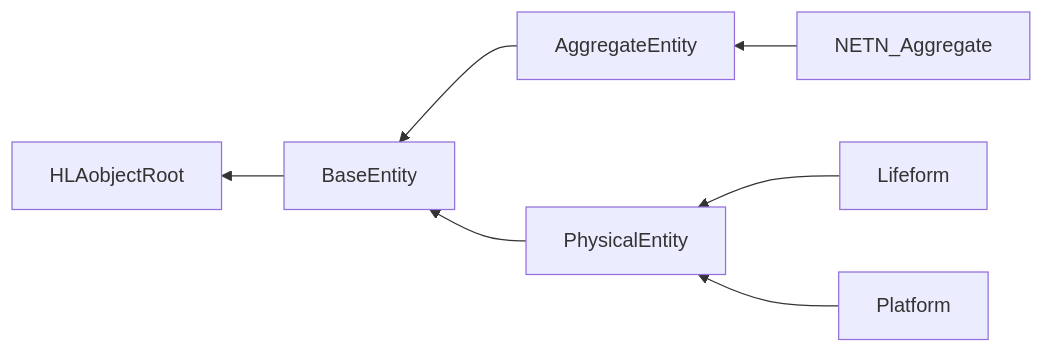
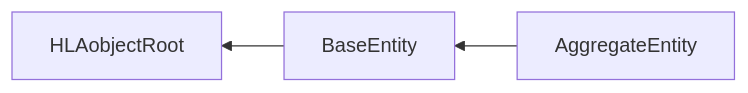
One commit to AMSP-04/NETN-MRM changed the tenth of 11 diagrams in NETN-MRM.md. Above: the diagram before and after it, drawn with Mermaid. The commit also changed other lines of this file and 1 other file, not shown here.

````diff
--- a/NETN-MRM.md
+++ b/NETN-MRM.md
@@ -296,9 +291,5 @@
 ```mermaid
 graph RL
 BaseEntity-->HLAobjectRoot
 AggregateEntity-->BaseEntity
-PhysicalEntity-->BaseEntity
-NETN_Aggregate-->AggregateEntity
-Lifeform-->PhysicalEntity
-Platform-->PhysicalEntity
 ```
````
